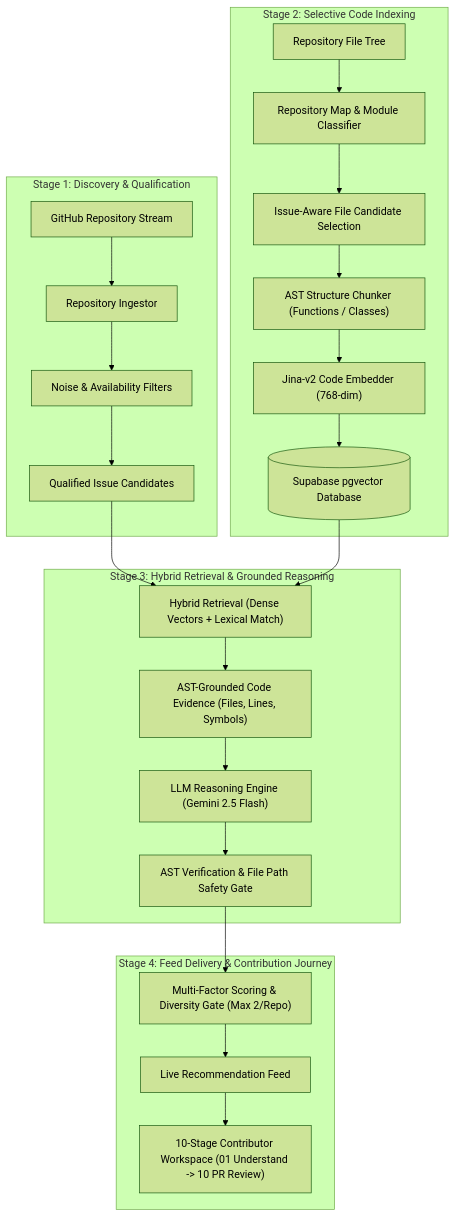
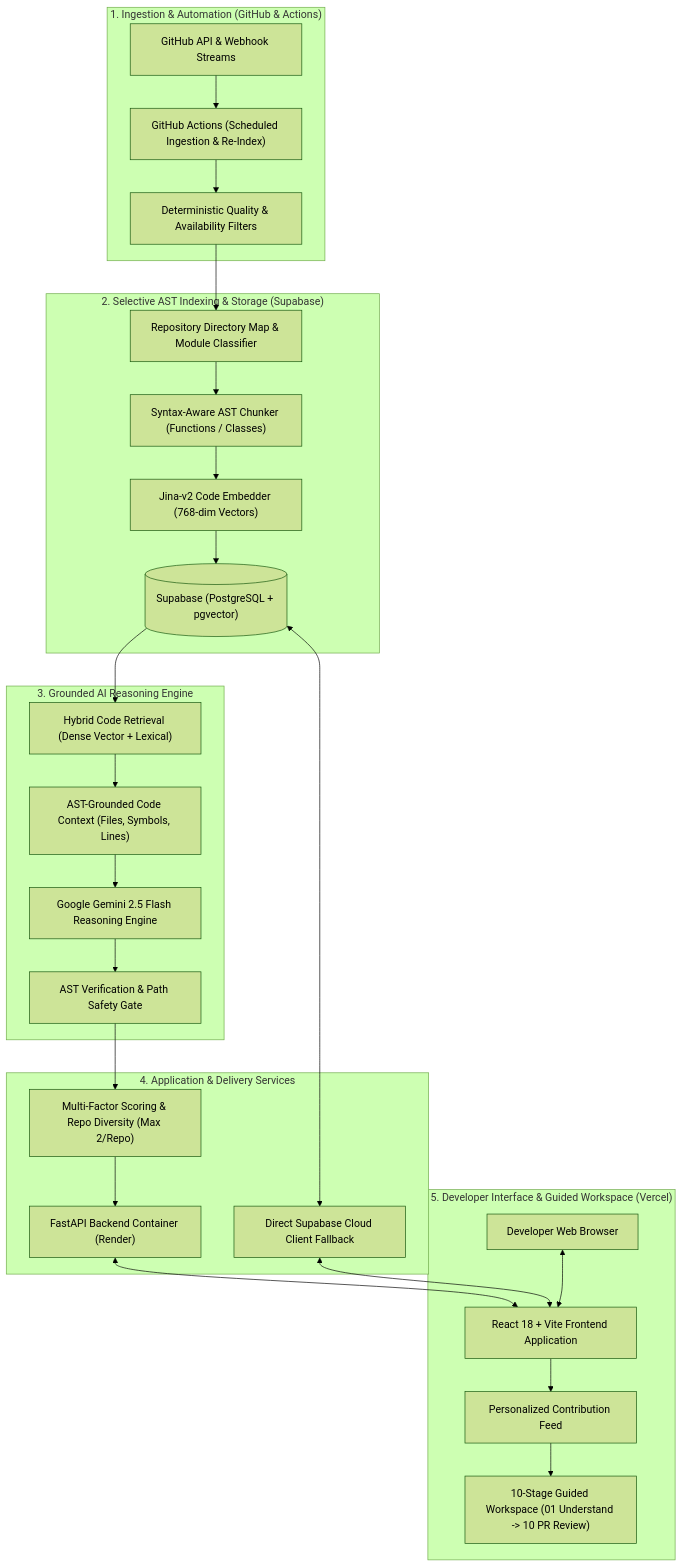
Before and after one commit to sriharizz/gitnova: the first of 3 diagrams in README.md, drawn with Mermaid (forest theme). The commit also changed other lines of this file, not shown here.

Commit message:
docs: consolidate system architecture and data pipeline into single unified mermaid diagram

````diff
--- a/README.md
+++ b/README.md
@@ -81,30 +27,53 @@
 ```mermaid
 flowchart TD
-    subgraph Stage1 ["Stage 1: Discovery & Qualification"]
-        GH["GitHub Repository Stream"] --> Ingest["Repository Ingestor"]
-        Ingest --> Qual["Noise & Availability Filters"]
-        Qual --> CleanCandidates["Qualified Issue Candidates"]
+    subgraph Layer1 ["1. Ingestion & Automation (GitHub & Actions)"]
+        GH["GitHub API & Webhook Streams"]
+        Actions["GitHub Actions (Scheduled Ingestion & Re-Index)"]
+        Qual["Deterministic Quality & Availability Filters"]
+        GH --> Actions
+        Actions --> Qual
     end
 
-    subgraph Stage2 ["Stage 2: Selective Code Indexing"]
-        RepoTree["Repository File Tree"] --> RepoMap["Repository Map & Module Classifier"]
-        RepoMap --> CandSelection["Issue-Aware File Candidate Selection"]
-        CandSelection --> ASTChunker["AST Structure Chunker (Functions / Classes)"]
-        ASTChunker --> Embedder["Jina-v2 Code Embedder (768-dim)"]
-        Embedder --> VectorDB[("Supabase pgvector Database")]
+    subgraph Layer2 ["2. Selective AST Indexing & Storage (Supabase)"]
+        RepoMap["Repository Directory Map & Module Classifier"]
+        AST["Syntax-Aware AST Chunker (Functions / Classes)"]
+        Jina["Jina-v2 Code Embedder (768-dim Vectors)"]
+        DB[("Supabase (PostgreSQL + pgvector)")]
+        Qual --> RepoMap
+        RepoMap --> AST
+        AST --> Jina
+        Jina --> DB
     end
 
-    subgraph Stage3 ["Stage 3: Hybrid Retrieval & Grounded Reasoning"]
-        CleanCandidates --> HybridRet["Hybrid Retrieval (Dense Vectors + Lexical Match)"]
-        VectorDB --> HybridRet
-        HybridRet --> CodeContext["AST-Grounded Code Evidence (Files, Lines, Symbols)"]
-        CodeContext --> LLM["LLM Reasoning Engine (Gemini 2.5 Flash)"]
-        LLM --> Verify["AST Verification & File Path Safety Gate"]
+    subgraph Layer3 ["3. Grounded AI Reasoning Engine"]
+        Hybrid["Hybrid Code Retrieval (Dense Vector + Lexical)"]
+        Evidence["AST-Grounded Code Context (Files, Symbols, Lines)"]
+        Gemini["Google Gemini 2.5 Flash Reasoning Engine"]
+        Verify["AST Verification & Path Safety Gate"]
+        DB --> Hybrid
+        Hybrid --> Evidence
+        Evidence --> Gemini
+        Gemini --> Verify
     end
 
-    subgraph Stage4 ["Stage 4: Feed Delivery & Contribution Journey"]
-        Verify --> Ranking["Multi-Factor Scoring & Diversity Gate (Max 2/Repo)"]
-        Ranking --> Feed["Live Recommendation Feed"]
-        Feed --> Workspace["10-Stage Contributor Workspace (01 Understand -> 10 PR Review)"]
+    subgraph Layer4 ["4. Application & Delivery Services"]
+        FastAPI["FastAPI Backend Container (Render)"]
+        CloudFallback["Direct Supabase Cloud Client Fallback"]
+        Ranking["Multi-Factor Scoring & Repo Diversity (Max 2/Repo)"]
+        Verify --> Ranking
+        Ranking --> FastAPI
+        DB <--> CloudFallback
+    end
+
+    subgraph Layer5 ["5. Developer Interface & Guided Workspace (Vercel)"]
+        Browser["Developer Web Browser"]
+        UI["React 18 + Vite Frontend Application"]
+        Feed["Personalized Contribution Feed"]
+        Journey["10-Stage Guided Workspace (01 Understand -> 10 PR Review)"]
+        FastAPI <--> UI
+        CloudFallback <--> UI
+        Browser <--> UI
+        UI --> Feed
+        Feed --> Journey
     end
 ```
````
